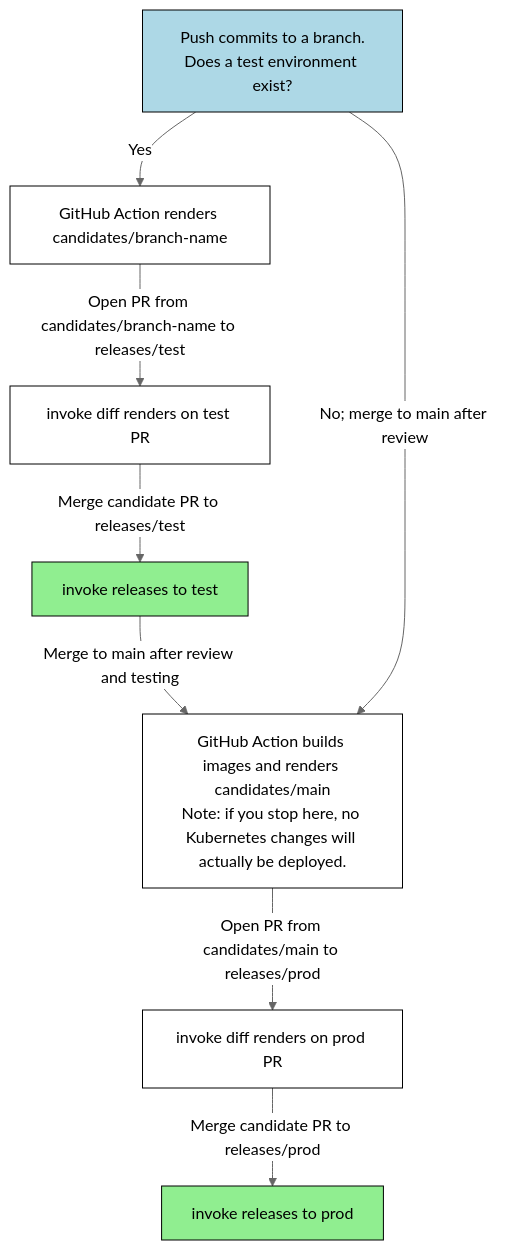
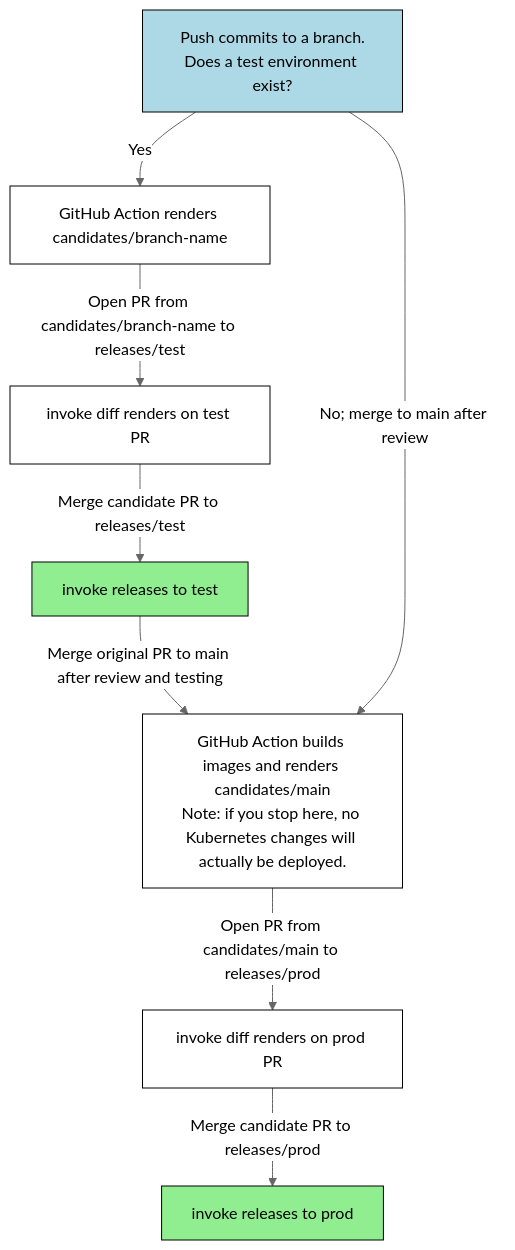
The diagram in ci/README.md (cal-itp/data-infra), drawn with Mermaid (neutral theme) before and after one commit.

````diff
--- a/ci/README.md
+++ b/ci/README.md
@@ -23,21 +23,21 @@
 ```mermaid
 flowchart TD
 classDef default fill:white, color:black, stroke:black
 classDef initial fill:lightblue, color:black
 classDef deploy fill:lightgreen, color:black
 
 pr[Push commits to a branch.\nDoes a test environment exist?]
 candidates_branch[GitHub Action renders candidates/branch-name]
 branch_diff[invoke diff renders on test PR]
 branch_invoke[invoke releases to test]
 
 candidates_main[GitHub Action builds images and renders candidates/main\nNote: if you stop here, no Kubernetes changes will actually be deployed.]
 prod_diff[invoke diff renders on prod PR]
 prod_invoke[invoke releases to prod]
 
-pr -- Yes --> candidates_branch -- "Open PR from candidates/branch-name to releases/test" --> branch_diff -- "Merge candidate PR to releases/test" --> branch_invoke -- Merge to main after review and testing --> candidates_main -- "Open PR from candidates/main to releases/prod" --> prod_diff -- "Merge candidate PR to releases/prod" --> prod_invoke
+pr -- Yes --> candidates_branch -- "Open PR from candidates/branch-name to releases/test" --> branch_diff -- "Merge candidate PR to releases/test" --> branch_invoke -- Merge original PR to main after review and testing --> candidates_main -- "Open PR from candidates/main to releases/prod" --> prod_diff -- "Merge candidate PR to releases/prod" --> prod_invoke
 pr -- "No; merge to main after review" --> candidates_main
 
 class pr initial
 class branch_invoke,prod_invoke deploy
 ```
````
